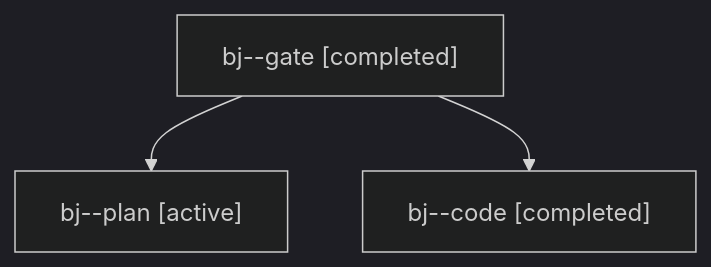
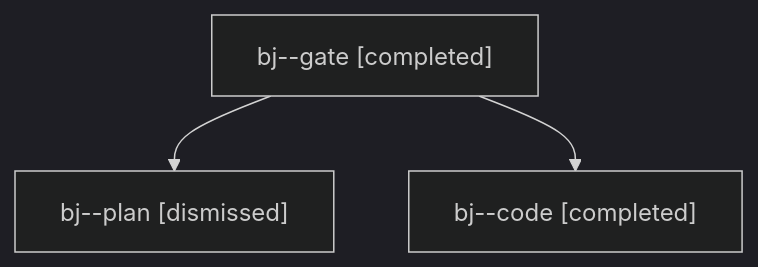
Before and after one commit to sase-org/sase--agents: the diagram in sessions/bbugyi200.apollo.bj.md, drawn with Mermaid (dark theme). The commit also changed other lines of this file and 20 other files, not shown here.

````diff
--- a/sessions/bbugyi200.apollo.bj.md
+++ b/sessions/bbugyi200.apollo.bj.md
@@ -9,8 +9,8 @@
 ```mermaid
 flowchart TD
   n0["bj--gate [completed]"]
-  n1["bj--plan [active]"]
+  n1["bj--plan [dismissed]"]
   n0 --> n1
   n2["bj--code [completed]"]
   n0 --> n2
 ```
````
